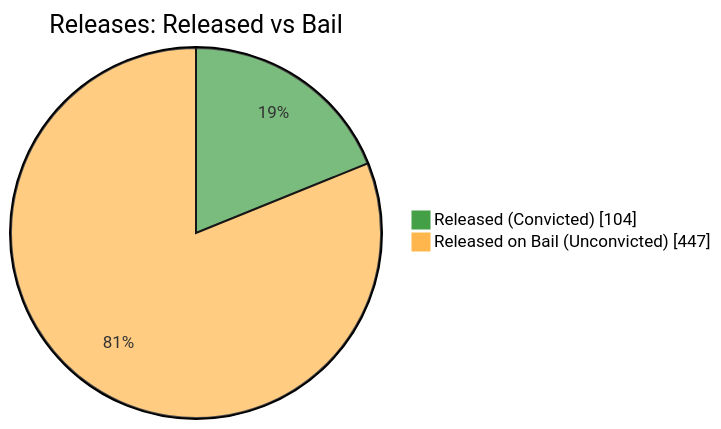
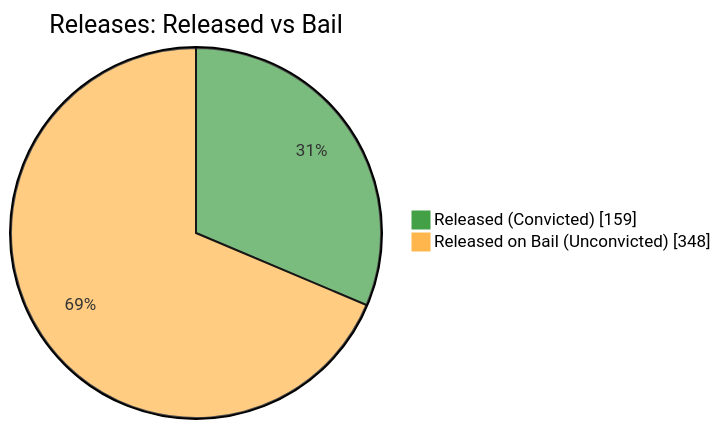
The fifth of 7 diagrams in README.md (nuuuwan/lk_prisons), drawn with Mermaid before and after one commit. The commit also changed other lines of this file and 1 other file, not shown here.

````diff
--- a/README.md
+++ b/README.md
@@ -87,6 +87,6 @@
 ```mermaid
 %%{init: {'themeVariables': {'pie1': '#43A047', 'pie2': '#FFB74D'}}}%%
 pie showData title Releases: Released vs Bail
-    "Released (Convicted)" : 104
-    "Released on Bail (Unconvicted)" : 447
+    "Released (Convicted)" : 159
+    "Released on Bail (Unconvicted)" : 348
 ```
````
